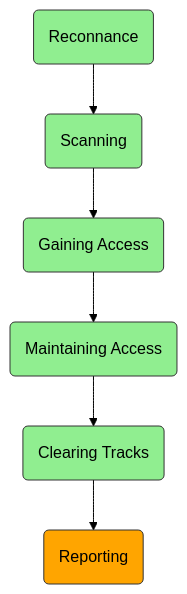
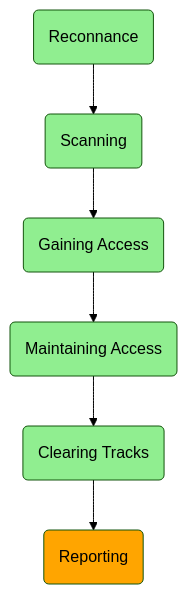
One commit to 000Sushant/hacking_windows7_using_metasploit changed the second of 2 diagrams in README.md. Above: the diagram before and after it, drawn with Mermaid (forest theme). The commit also changed other lines of this file, not shown here.

````diff
--- a/README.md
+++ b/README.md
@@ -23,15 +21,15 @@
 ```mermaid
 graph TB
 A(Reconnance) --> B(Scanning)
 B --> C(Gaining Access)
 C --> D(Maintaining Access)
 D --> E(Clearing Tracks)
 E --> F(Reporting)
 
-style A fill:lightgreen,stroke:#333,stroke-width:1px
-style B fill:lightgreen,stroke:#333,stroke-width:1px
-style C fill:lightgreen,stroke:#333,stroke-width:1px
-style D fill:lightgreen,stroke:#333,stroke-width:1px
-style E fill:lightgreen,stroke:#333,stroke-width:1px
-style F fill:orange,stroke:#333,stroke-width:1px
+style A fill:lightgreen,color:black,stroke-width:1px
+style B fill:lightgreen,color:black,stroke-width:1px
+style C fill:lightgreen,color:black,stroke-width:1px
+style D fill:lightgreen,color:black,stroke-width:1px
+style E fill:lightgreen,color:black,stroke-width:1px
+style F fill:orange,color:black,stroke-width:1px
 ```
````
